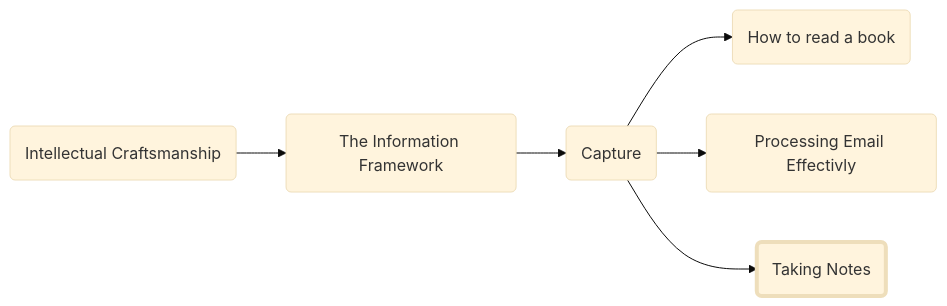
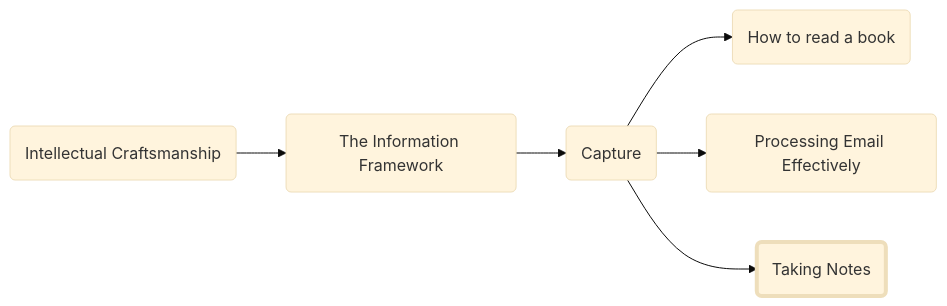
Before and after one commit to forrestpitz/forrestpitz.github.io: the diagram in _posts/2023-01-05-notetaking.md, drawn with Mermaid (base theme). The commit also changed 15 other files, not shown here.

````diff
--- a/_posts/2023-01-05-notetaking.md
+++ b/_posts/2023-01-05-notetaking.md
@@ -58,16 +58,16 @@
 ```mermaid
 graph LR;
   A(Intellectual Craftsmanship)-->B(The Information Framework)
   B-->C(Capture)
   C-->D(How to read a book)
-  C-->E(Processing Email Effectivly)
+  C-->E(Processing Email Effectively)
   C-->F(Taking Notes)
 
   style F stroke-width:4px
 
   click A "{% post_url 2023-01-05-intro %}"
   click B "{% post_url 2023-01-05-info-framework %}"
   click C "{% post_url 2023-01-05-capture %}"
   click D "{% post_url 2023-01-05-readabook %}"
   click E "{% post_url 2023-01-05-email %}"
 ```
````
